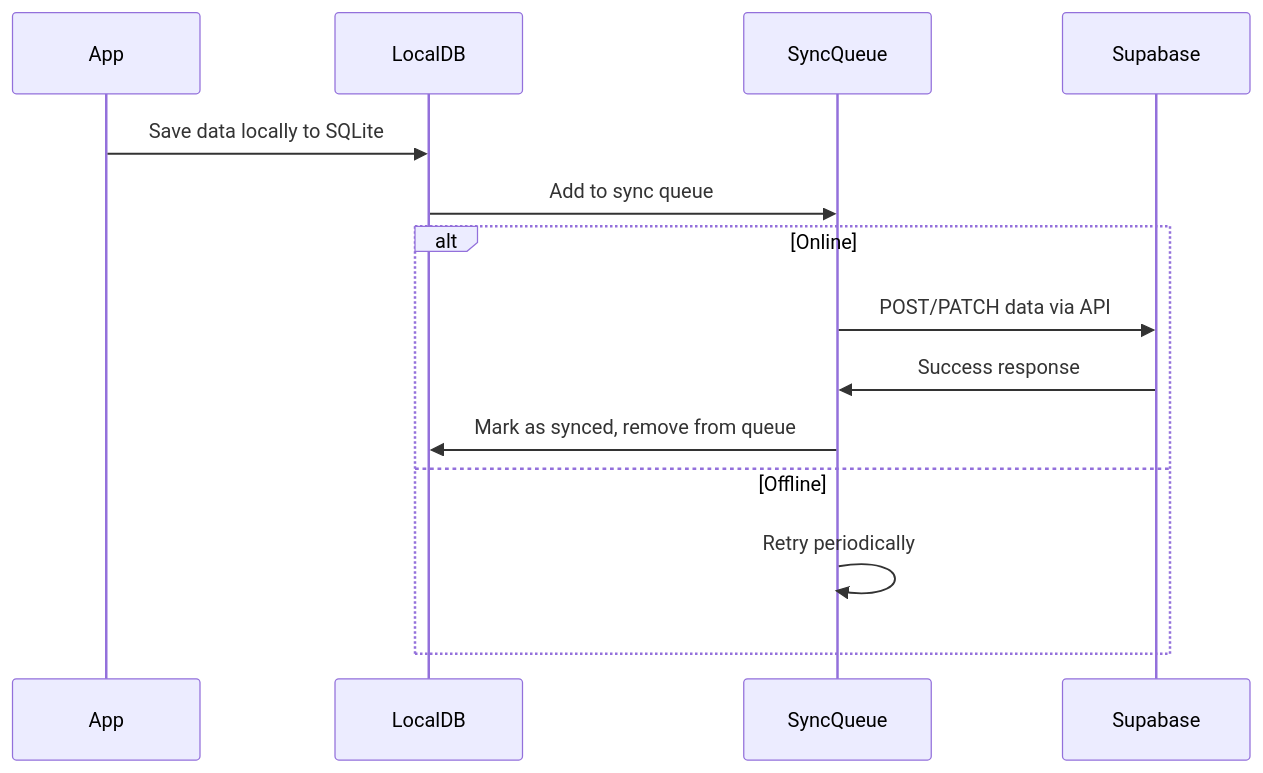
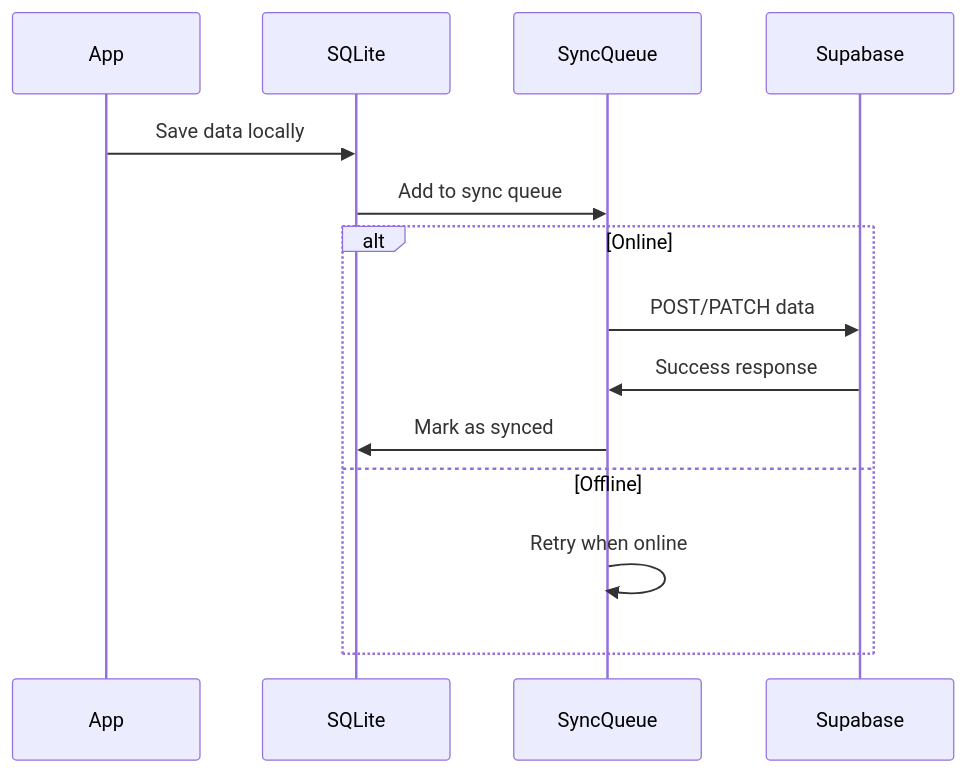
One commit to Abdulhalim7177/MotivAid-Native changed the diagram in docs/API_DESIGN.md. Above: the diagram before and after it, drawn with Mermaid. The commit also changed other lines of this file and 14 other files, not shown here.

````diff
--- a/docs/API_DESIGN.md
+++ b/docs/API_DESIGN.md
@@ -390,18 +446,18 @@
 ```mermaid
 sequenceDiagram
     participant App
-    participant LocalDB
+    participant SQLite
     participant SyncQueue
     participant Supabase
 
-    App->>LocalDB: Save data locally to SQLite
-    LocalDB->>SyncQueue: Add to sync queue
+    App->>SQLite: Save data locally
+    SQLite->>SyncQueue: Add to sync queue
 
     alt Online
-        SyncQueue->>Supabase: POST/PATCH data via API
+        SyncQueue->>Supabase: POST/PATCH data
         Supabase->>SyncQueue: Success response
-        SyncQueue->>LocalDB: Mark as synced, remove from queue
+        SyncQueue->>SQLite: Mark as synced
     else Offline
-        SyncQueue->>SyncQueue: Retry periodically
+        SyncQueue->>SyncQueue: Retry when online
     end
 ```
````
